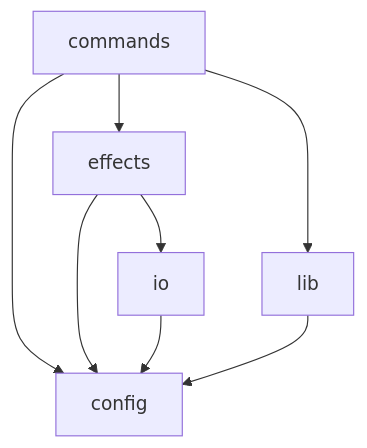
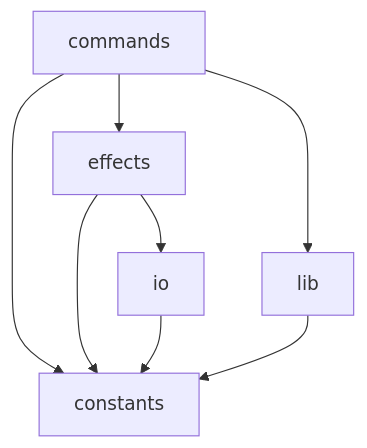
Before and after one commit to mattriley/node-kris-kringle: the diagram in README.md, drawn with Mermaid. The commit also changed other lines of this file and 15 other files, not shown here.

````diff
--- a/README.md
+++ b/README.md
@@ -73,10 +73,10 @@
 ```mermaid
 graph TD;
     commands-->effects;
     commands-->lib;
-    commands-->config;
+    commands-->constants;
     effects-->io;
-    effects-->config;
-    io-->config;
-    lib-->config;
+    effects-->constants;
+    io-->constants;
+    lib-->constants;
 ```
````
